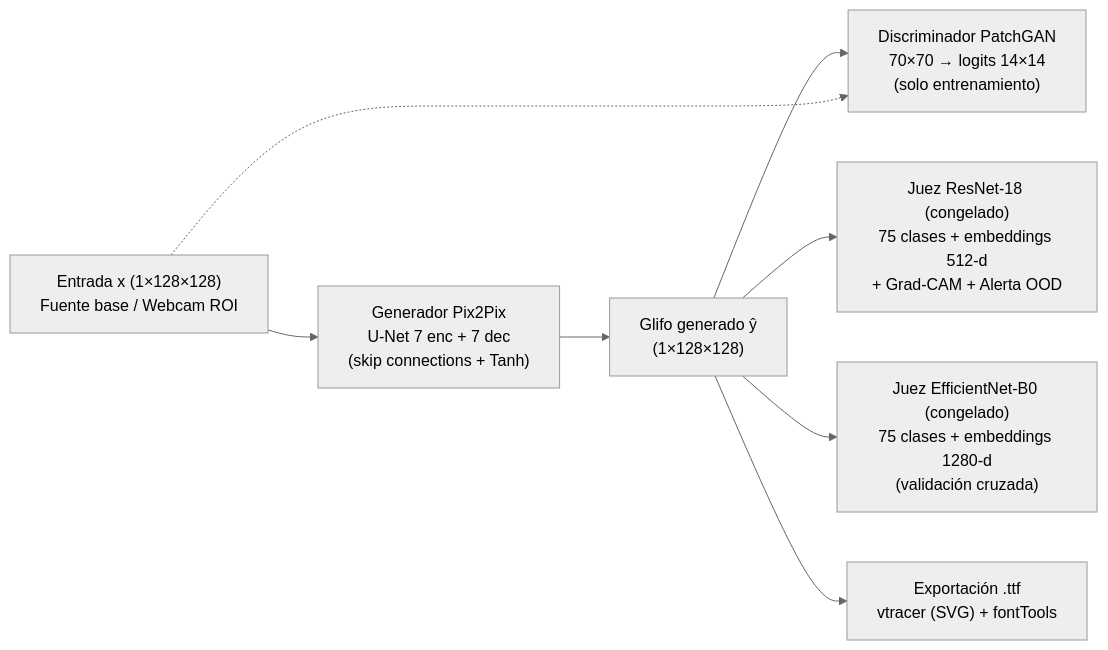
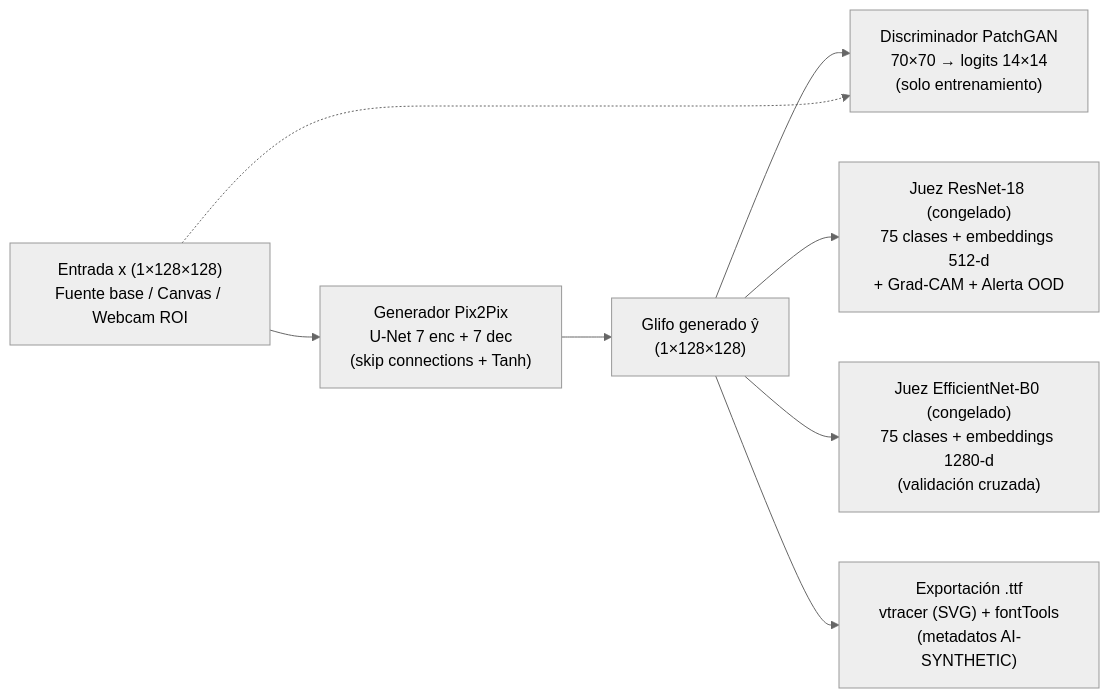
One commit to carloamezcua/handwritten-font-cgan changed the diagram in README.md. Above: the diagram before and after it, drawn with Mermaid (neutral theme). The commit also changed other lines of this file and 4 other files, not shown here.

````diff
--- a/README.md
+++ b/README.md
@@ -35,10 +49,10 @@
 ```mermaid
 flowchart LR
-    X["Entrada x (1×128×128)<br/>Fuente base / Webcam ROI"] --> G["Generador Pix2Pix<br/>U-Net 7 enc + 7 dec<br/>(skip connections + Tanh)"]
+    X["Entrada x (1×128×128)<br/>Fuente base / Canvas / Webcam ROI"] --> G["Generador Pix2Pix<br/>U-Net 7 enc + 7 dec<br/>(skip connections + Tanh)"]
     G --> YH["Glifo generado ŷ<br/>(1×128×128)"]
     YH --> D["Discriminador PatchGAN<br/>70×70 → logits 14×14<br/>(solo entrenamiento)"]
     X -.-> D
     YH --> J1["Juez ResNet-18 (congelado)<br/>75 clases + embeddings 512-d<br/>+ Grad-CAM + Alerta OOD"]
     YH --> J2["Juez EfficientNet-B0 (congelado)<br/>75 clases + embeddings 1280-d<br/>(validación cruzada)"]
-    YH --> TTF["Exportación .ttf<br/>vtracer (SVG) + fontTools"]
+    YH --> TTF["Exportación .ttf<br/>vtracer (SVG) + fontTools<br/>(metadatos AI-SYNTHETIC)"]
 ```
````
